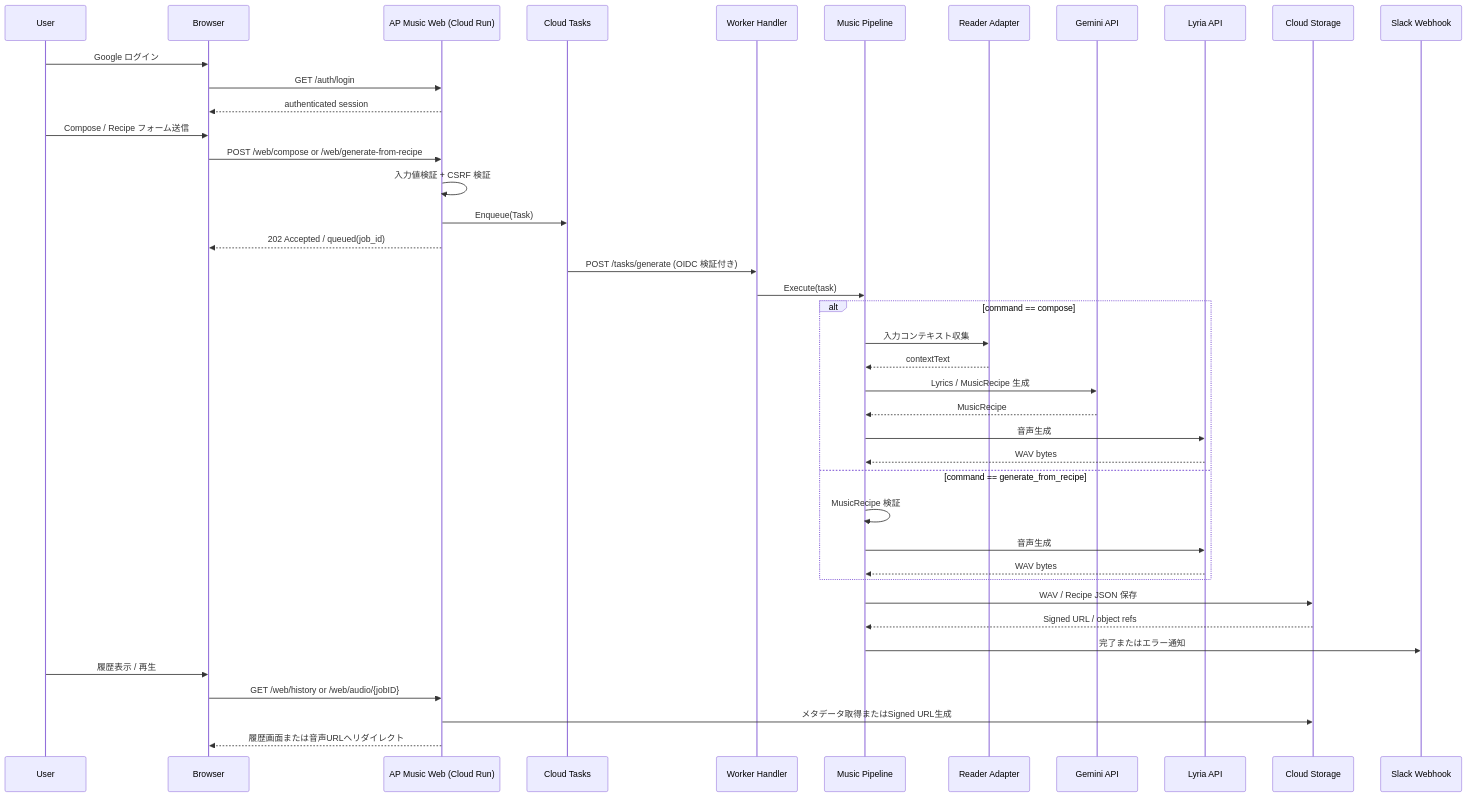
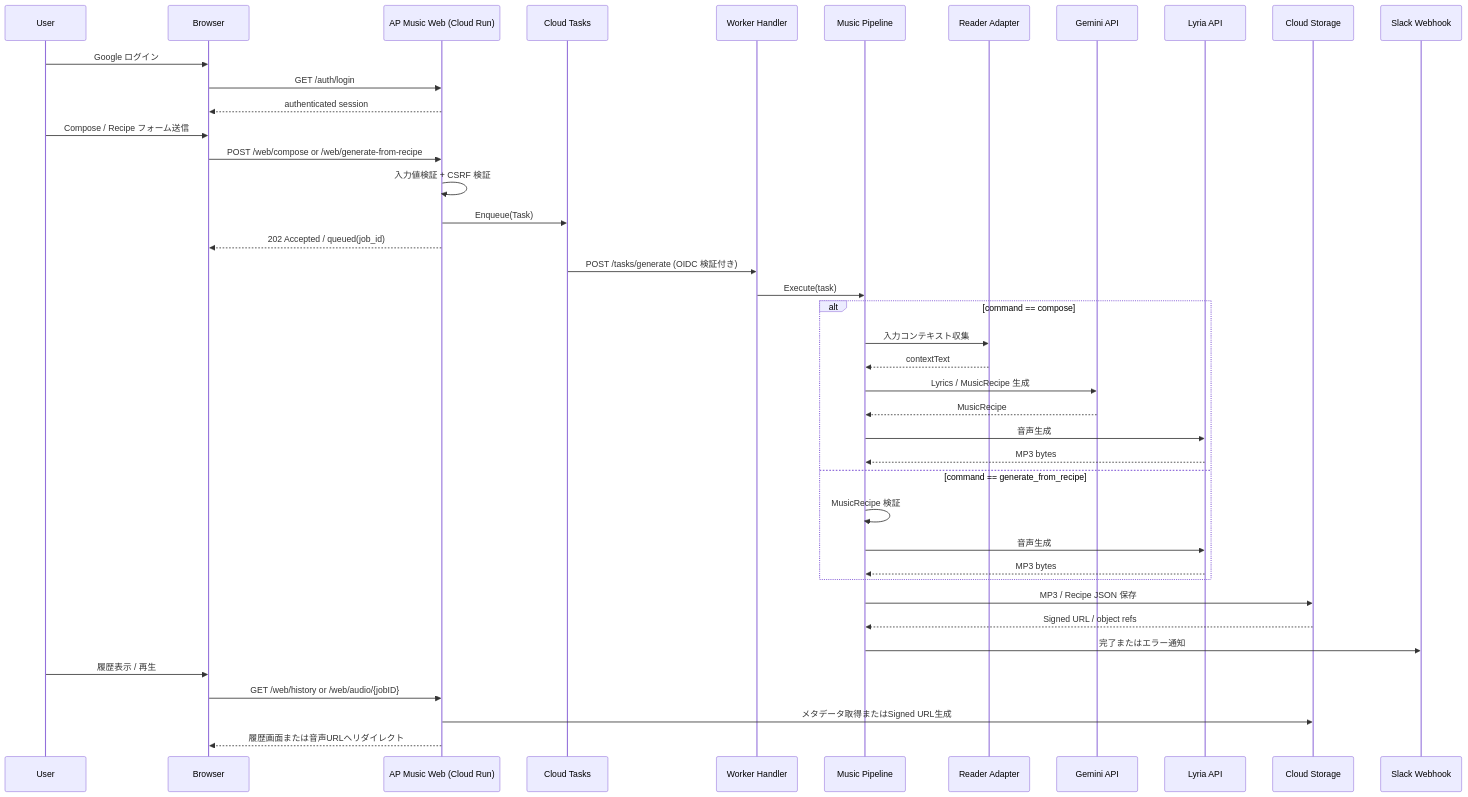
The diagram in README.md (shouni/ap-music), drawn with Mermaid before and after one commit. The commit also changed other lines of this file, not shown here.

Commit message:
Update README to reflect transition from WAV to MP3 output, ensuring alignment with Lyria API and clarifying related features and workflows.

````diff
--- a/README.md
+++ b/README.md
@@ -118,49 +120,49 @@
 ```mermaid
 sequenceDiagram
     participant User as User
     participant Browser as Browser
     participant Web as AP Music Web (Cloud Run)
     participant Queue as Cloud Tasks
     participant Worker as Worker Handler
     participant Pipeline as Music Pipeline
     participant Reader as Reader Adapter
     participant Gemini as Gemini API
     participant Lyria as Lyria API
     participant GCS as Cloud Storage
     participant Slack as Slack Webhook
 
     User->>Browser: Google ログイン
     Browser->>Web: GET /auth/login
     Web-->>Browser: authenticated session
 
     User->>Browser: Compose / Recipe フォーム送信
     Browser->>Web: POST /web/compose or /web/generate-from-recipe
     Web->>Web: 入力値検証 + CSRF 検証
     Web->>Queue: Enqueue(Task)
     Web-->>Browser: 202 Accepted / queued(job_id)
 
     Queue->>Worker: POST /tasks/generate (OIDC 検証付き)
     Worker->>Pipeline: Execute(task)
 
     alt command == compose
         Pipeline->>Reader: 入力コンテキスト収集
         Reader-->>Pipeline: contextText
         Pipeline->>Gemini: Lyrics / MusicRecipe 生成
         Gemini-->>Pipeline: MusicRecipe
         Pipeline->>Lyria: 音声生成
-        Lyria-->>Pipeline: WAV bytes
+        Lyria-->>Pipeline: MP3 bytes
     else command == generate_from_recipe
         Pipeline->>Pipeline: MusicRecipe 検証
         Pipeline->>Lyria: 音声生成
-        Lyria-->>Pipeline: WAV bytes
+        Lyria-->>Pipeline: MP3 bytes
     end
 
-    Pipeline->>GCS: WAV / Recipe JSON 保存
+    Pipeline->>GCS: MP3 / Recipe JSON 保存
     GCS-->>Pipeline: Signed URL / object refs
     Pipeline->>Slack: 完了またはエラー通知
 
     User->>Browser: 履歴表示 / 再生
     Browser->>Web: GET /web/history or /web/audio/{jobID}
     Web->>GCS: メタデータ取得またはSigned URL生成
     Web-->>Browser: 履歴画面または音声URLへリダイレクト
 ```
````
